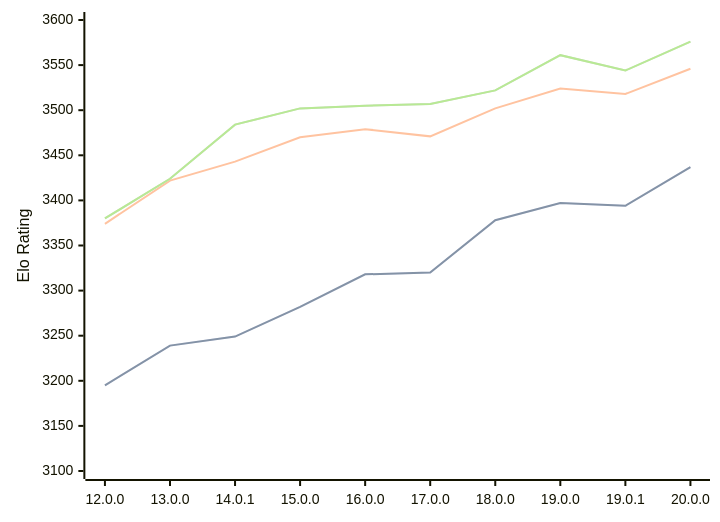
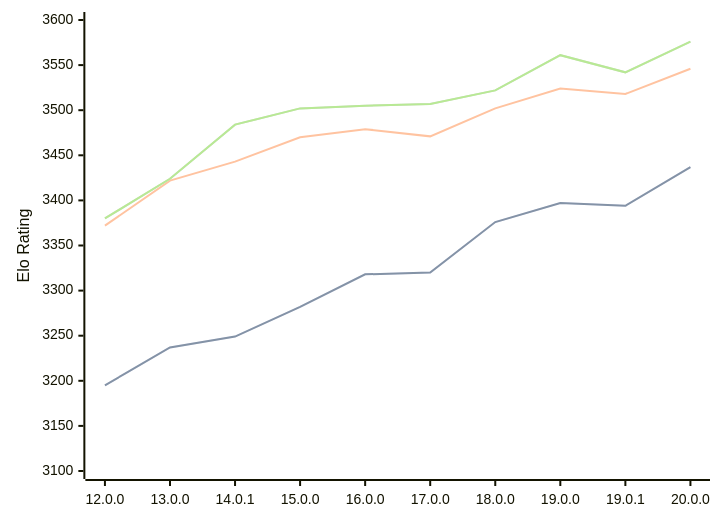
The diagram in engines/Viridithas.md (computer-chess-index/cci), drawn with Mermaid before and after one commit. The commit also changed other lines of this file, not shown here.

Commit message:
Update CCI Ratings (ELO VLTC) - 2026-08-07

````diff
--- a/engines/Viridithas.md
+++ b/engines/Viridithas.md
@@ -40,11 +40,11 @@
 ```mermaid
 %%{init: {"theme":"base","themeVariables":{"seriesColors:['#a3a3a3','#222221','#faa371']}}}%%
 xychart-beta
   x-axis ["12.0.0", "13.0.0", "14.0.1", "15.0.0", "16.0.0", "17.0.0", "18.0.0", "19.0.0", "19.0.1", "20.0.0"]
   y-axis "Elo Rating" 3100 --> 3600
-  line "STC (8.0+0.08s)" [3195, 3239, 3249, 3282, 3318, 3320, 3378, 3397, 3394, 3437]
-  line "STC (8.0+0.08s)" [3195, 3239, 3249, 3282, 3318, 3320, 3378, 3397, 3394, 3437]
-  line "LTC (60.0+0.60s)" [3374, 3422, 3443, 3470, 3479, 3471, 3502, 3524, 3518, 3546]
-  line "VLTC (2m24s+1.12s)" [3380, 3424, 3484, 3502, 3505, 3507, 3522, 3561, 3544, 3576]
-  line "VLTC (2m24s+1.12s)" [3380, 3424, 3484, 3502, 3505, 3507, 3522, 3561, 3544, 3576]
+  line "STC (8.0+0.08s)" [3195, 3237, 3249, 3282, 3318, 3320, 3376, 3397, 3394, 3437]
+  line "STC (8.0+0.08s)" [3195, 3237, 3249, 3282, 3318, 3320, 3376, 3397, 3394, 3437]
+  line "LTC (60.0+0.60s)" [3372, 3422, 3443, 3470, 3479, 3471, 3502, 3524, 3518, 3546]
+  line "VLTC (2m24s+1.12s)" [3380, 3424, 3484, 3502, 3505, 3507, 3522, 3561, 3542, 3576]
+  line "VLTC (2m24s+1.12s)" [3380, 3424, 3484, 3502, 3505, 3507, 3522, 3561, 3542, 3576]
 ```
````
